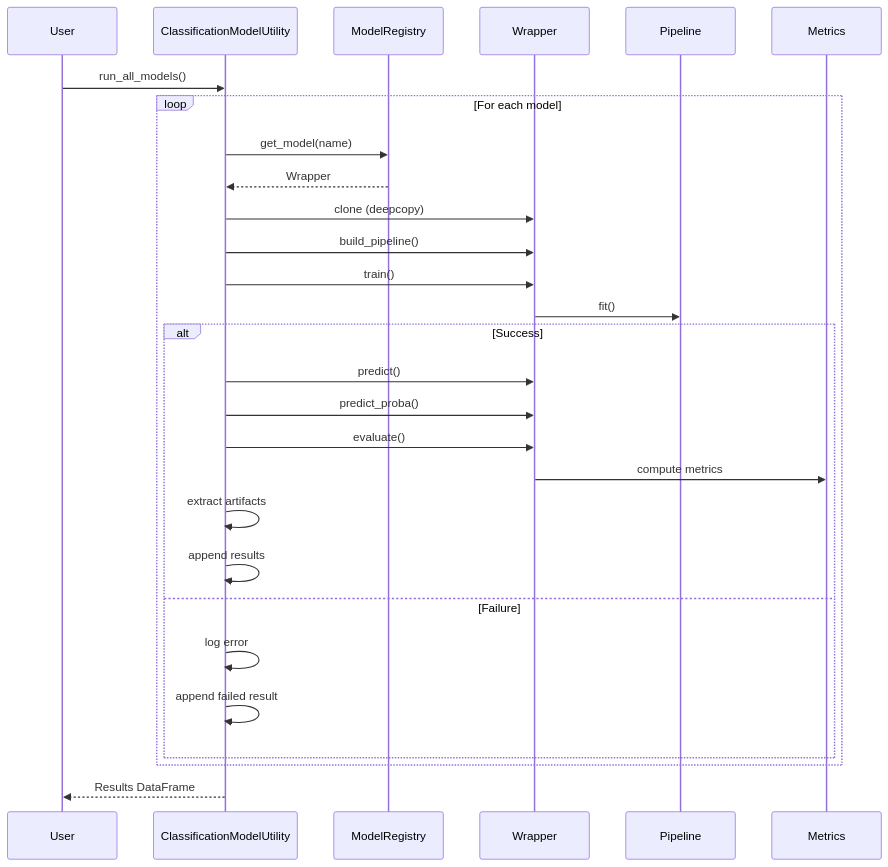
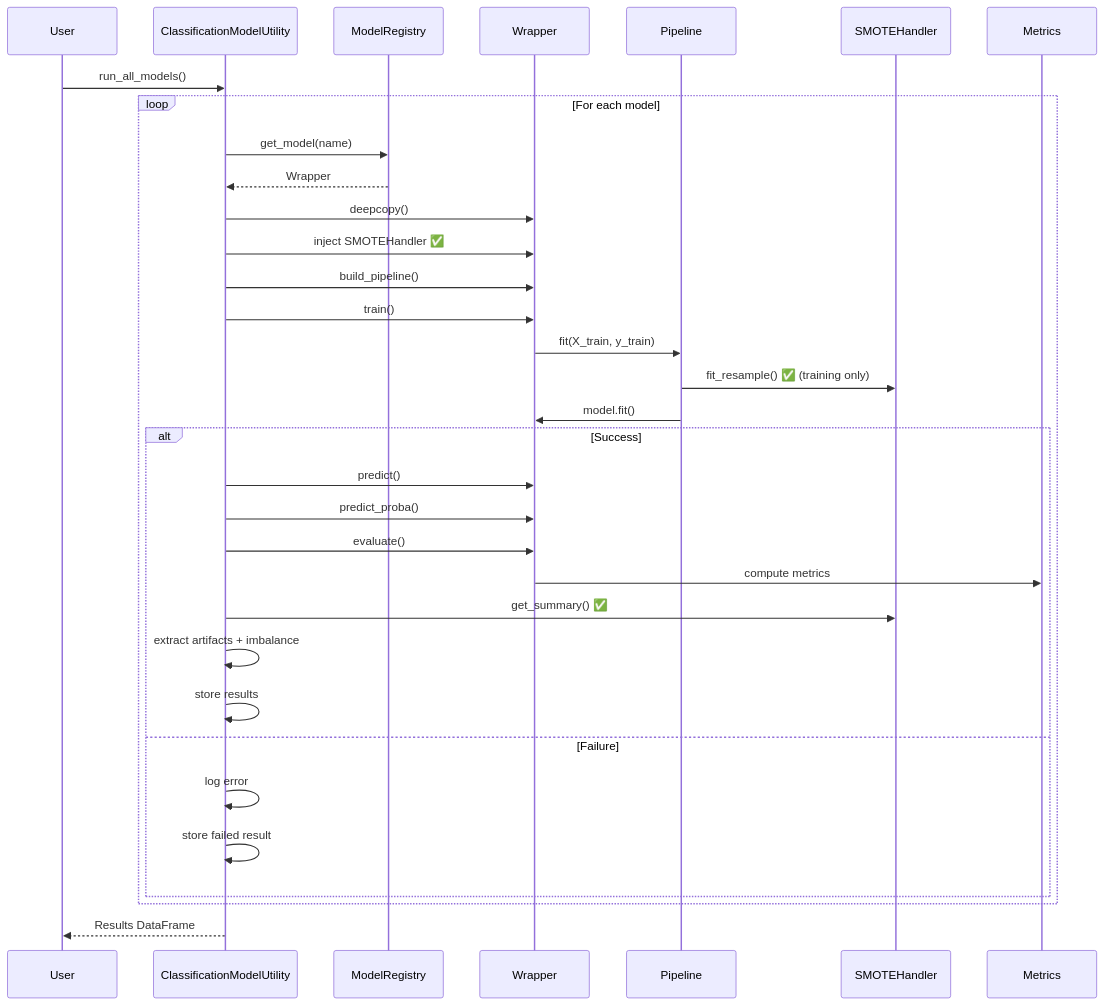
Before and after one commit to abhinavssingh/python-learnings: the third of 6 diagrams in lib/utility/machinelearning/README.md, drawn with Mermaid. The commit also changed other lines of this file and 15 other files, not shown here.

````diff
--- a/lib/utility/machinelearning/README.md
+++ b/lib/utility/machinelearning/README.md
@@ -79,39 +83,46 @@
 ```mermaid
 sequenceDiagram
     participant U as User
     participant CMU as ClassificationModelUtility
     participant MR as ModelRegistry
     participant W as Wrapper
     participant P as Pipeline
+    participant SM as SMOTEHandler
     participant MET as Metrics
 
     U->>CMU: run_all_models()
 
     loop For each model
         CMU->>MR: get_model(name)
         MR-->>CMU: Wrapper
 
-        CMU->>W: clone (deepcopy)
+        CMU->>W: deepcopy()
+        CMU->>W: inject SMOTEHandler ✅
         CMU->>W: build_pipeline()
 
         CMU->>W: train()
-        W->>P: fit()
+        W->>P: fit(X_train, y_train)
+
+        P->>SM: fit_resample() ✅ (training only)
+        P->>W: model.fit()
 
         alt Success
             CMU->>W: predict()
             CMU->>W: predict_proba()
 
             CMU->>W: evaluate()
             W->>MET: compute metrics
 
-            CMU->>CMU: extract artifacts
-            CMU->>CMU: append results
+            CMU->>SM: get_summary() ✅
+            CMU->>CMU: extract artifacts + imbalance
+
+            CMU->>CMU: store results
 
         else Failure
             CMU->>CMU: log error
-            CMU->>CMU: append failed result
+            CMU->>CMU: store failed result
         end
     end
 
     CMU-->>U: Results DataFrame
 ```
````
